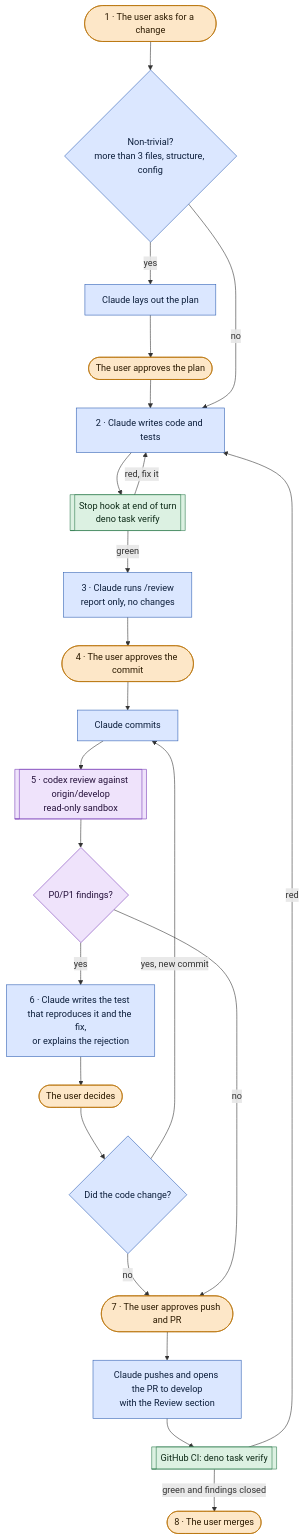
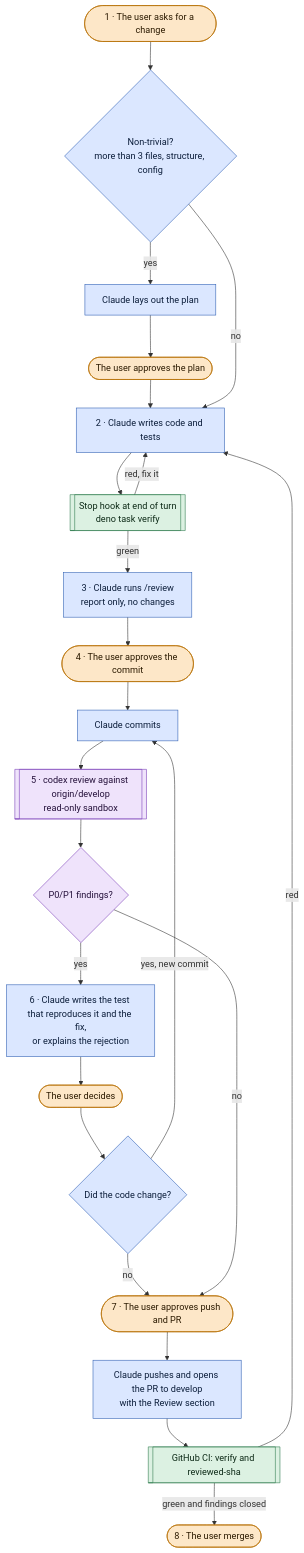
The diagram in docs/workflow.md (fab-codes/agent-workflow-template), drawn with Mermaid before and after one commit. The commit also changed other lines of this file and 6 other files, not shown here.

First line of the commit message:
feat: check in CI that the Reviewed SHA is the head of the PR

````diff
--- a/docs/workflow.md
+++ b/docs/workflow.md
@@ -8,40 +8,40 @@
 ```mermaid
 flowchart TD
     S1(["1 · The user asks for a change"]):::user
     P{"Non-trivial?<br/>more than 3 files, structure, config"}:::claude
     PL["Claude lays out the plan"]:::claude
     OK1(["The user approves the plan"]):::user
     S2["2 · Claude writes code and tests"]:::claude
     HK[["Stop hook at end of turn<br/>deno task verify"]]:::automatic
     S3["3 · Claude runs /review<br/>report only, no changes"]:::claude
     S4(["4 · The user approves the commit"]):::user
     CM["Claude commits"]:::claude
     S5[["5 · codex review against origin/develop<br/>read-only sandbox"]]:::codex
     F{"P0/P1 findings?"}:::codex
     S6["6 · Claude writes the test that reproduces it and the fix,<br/>or explains the rejection"]:::claude
     DEC(["The user decides"]):::user
     CH{"Did the code change?"}:::claude
     S7(["7 · The user approves push and PR"]):::user
     PR["Claude pushes and opens the PR to develop<br/>with the Review section"]:::claude
-    CI[["GitHub CI: deno task verify"]]:::automatic
+    CI[["GitHub CI: verify and reviewed-sha"]]:::automatic
     S8(["8 · The user merges"]):::user
 
     S1 --> P
     P -->|yes| PL --> OK1 --> S2
     P -->|no| S2
     S2 --> HK
     HK -->|red, fix it| S2
     HK -->|green| S3 --> S4 --> CM --> S5 --> F
     F -->|yes| S6 --> DEC --> CH
     CH -->|yes, new commit| CM
     CH -->|no| S7
     F -->|no| S7
     S7 --> PR --> CI
     CI -->|red| S2
     CI -->|green and findings closed| S8
 
     classDef user fill:#fde7c8,stroke:#b76e00,color:#2b1a00
     classDef claude fill:#dbe7ff,stroke:#2f5fb3,color:#0b1d3a
     classDef automatic fill:#dcf1e2,stroke:#2e7d4f,color:#0d2a17
     classDef codex fill:#efe3fb,stroke:#7a3fb8,color:#24103a
 ```
````
